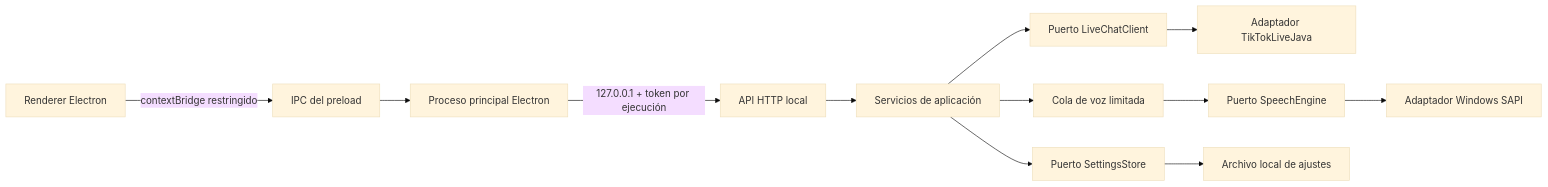
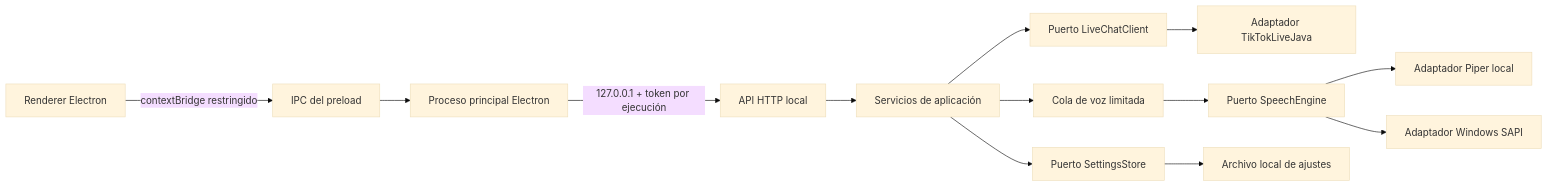
The diagram in README.es.md (zero780/live-chat-tts), drawn with Mermaid (base theme) before and after one commit. The commit also changed other lines of this file and 29 other files, not shown here.

````diff
--- a/README.es.md
+++ b/README.es.md
@@ -33,14 +35,15 @@
 ```mermaid
 graph LR
   UI[Renderer Electron] -->|contextBridge restringido| IPC[IPC del preload]
   IPC --> MAIN[Proceso principal Electron]
   MAIN -->|127.0.0.1 + token por ejecución| API[API HTTP local]
   API --> APP[Servicios de aplicación]
   APP --> QUEUE[Cola de voz limitada]
   APP --> LIVE[Puerto LiveChatClient]
   LIVE --> TIKTOK[Adaptador TikTokLiveJava]
-  QUEUE --> SAPI[Puerto SpeechEngine]
-  SAPI --> WINDOWS[Adaptador Windows SAPI]
+  QUEUE --> SPEECH[Puerto SpeechEngine]
+  SPEECH --> PIPER[Adaptador Piper local]
+  SPEECH --> WINDOWS[Adaptador Windows SAPI]
   APP --> SETTINGS[Puerto SettingsStore]
   SETTINGS --> FILE[Archivo local de ajustes]
 ```
````
